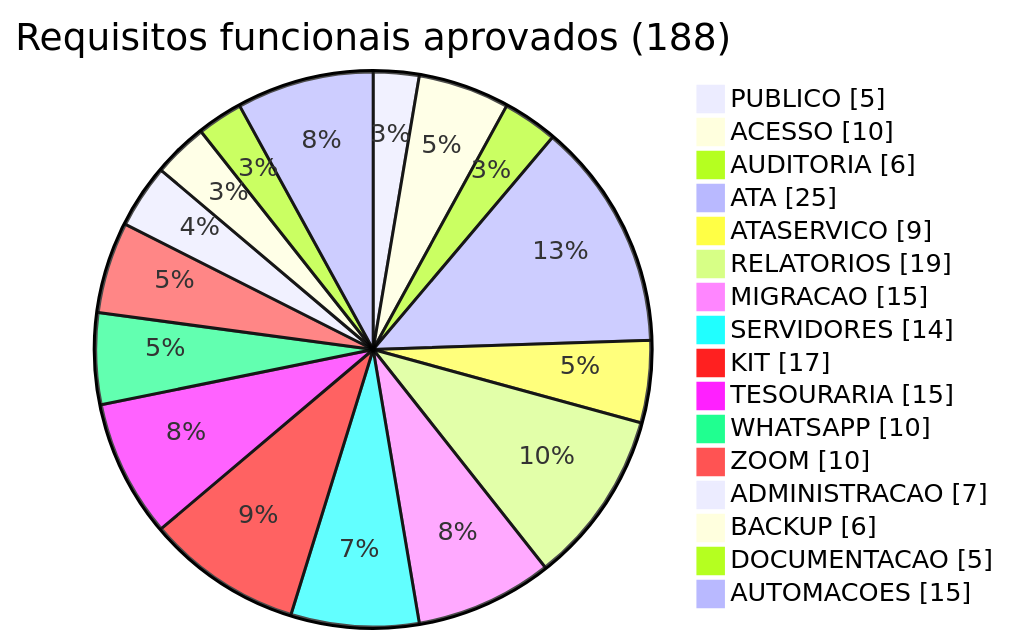
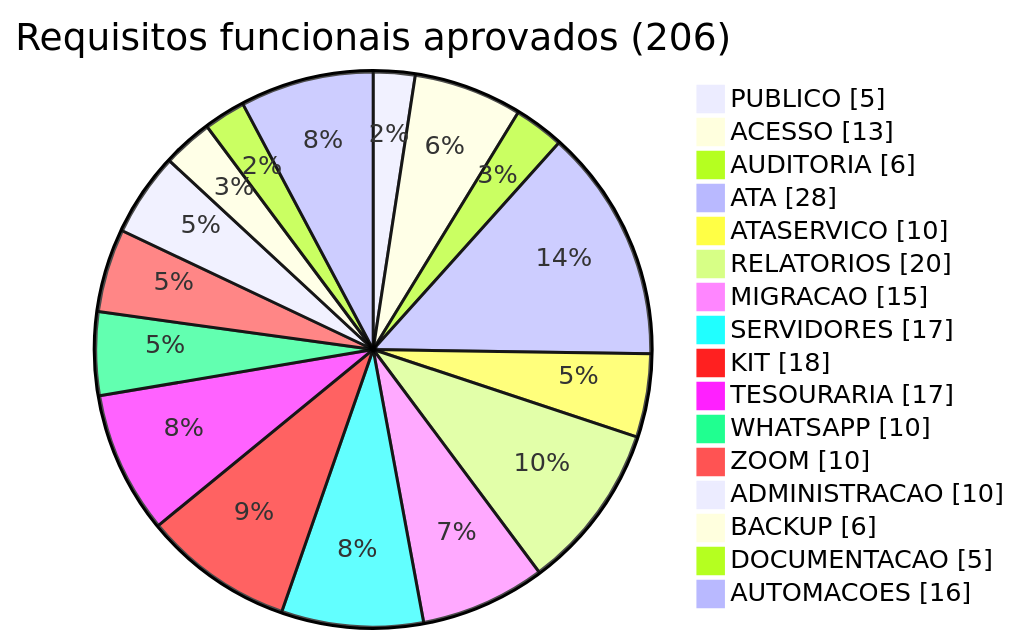
The fourth of 8 diagrams in PRD.md (grupoquarentena/site), drawn with Mermaid before and after one commit. The commit also changed other lines of this file and 4 other files, not shown here.

````diff
--- a/PRD.md
+++ b/PRD.md
@@ -138,20 +138,20 @@
 ```mermaid
 pie showData
-  title Requisitos funcionais aprovados (188)
+  title Requisitos funcionais aprovados (206)
   "PUBLICO" : 5
-  "ACESSO" : 10
+  "ACESSO" : 13
   "AUDITORIA" : 6
-  "ATA" : 25
-  "ATASERVICO" : 9
-  "RELATORIOS" : 19
+  "ATA" : 28
+  "ATASERVICO" : 10
+  "RELATORIOS" : 20
   "MIGRACAO" : 15
-  "SERVIDORES" : 14
-  "KIT" : 17
-  "TESOURARIA" : 15
+  "SERVIDORES" : 17
+  "KIT" : 18
+  "TESOURARIA" : 17
   "WHATSAPP" : 10
   "ZOOM" : 10
-  "ADMINISTRACAO" : 7
+  "ADMINISTRACAO" : 10
   "BACKUP" : 6
   "DOCUMENTACAO" : 5
-  "AUTOMACOES" : 15
+  "AUTOMACOES" : 16
 ```
````
